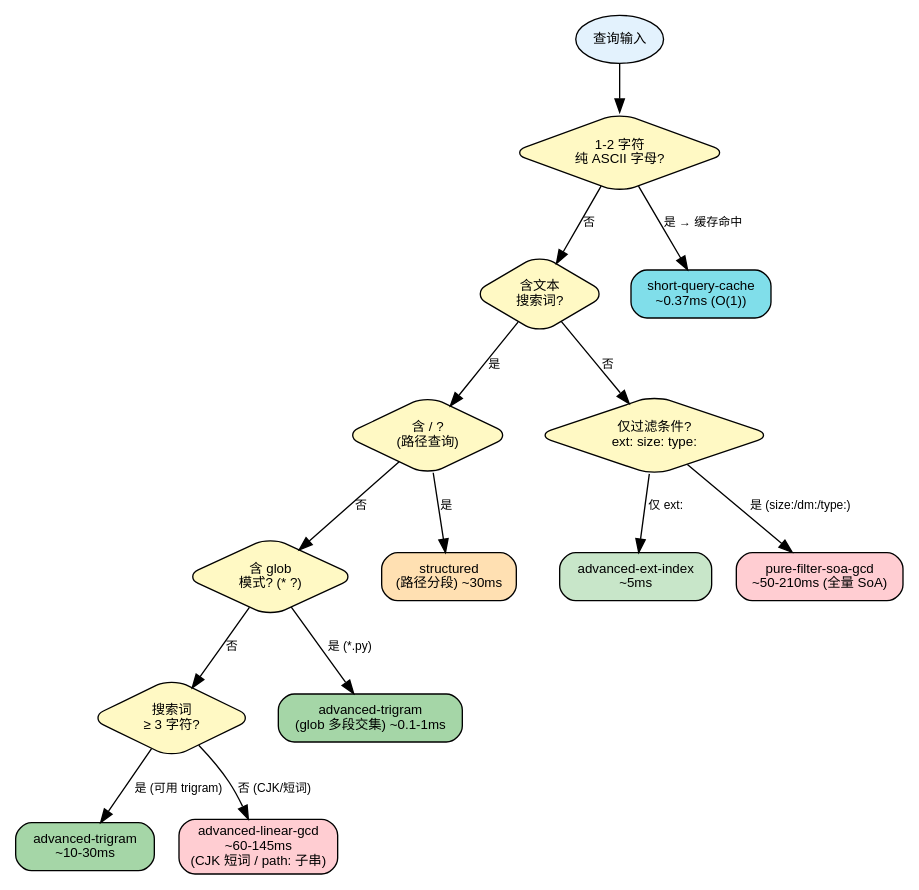
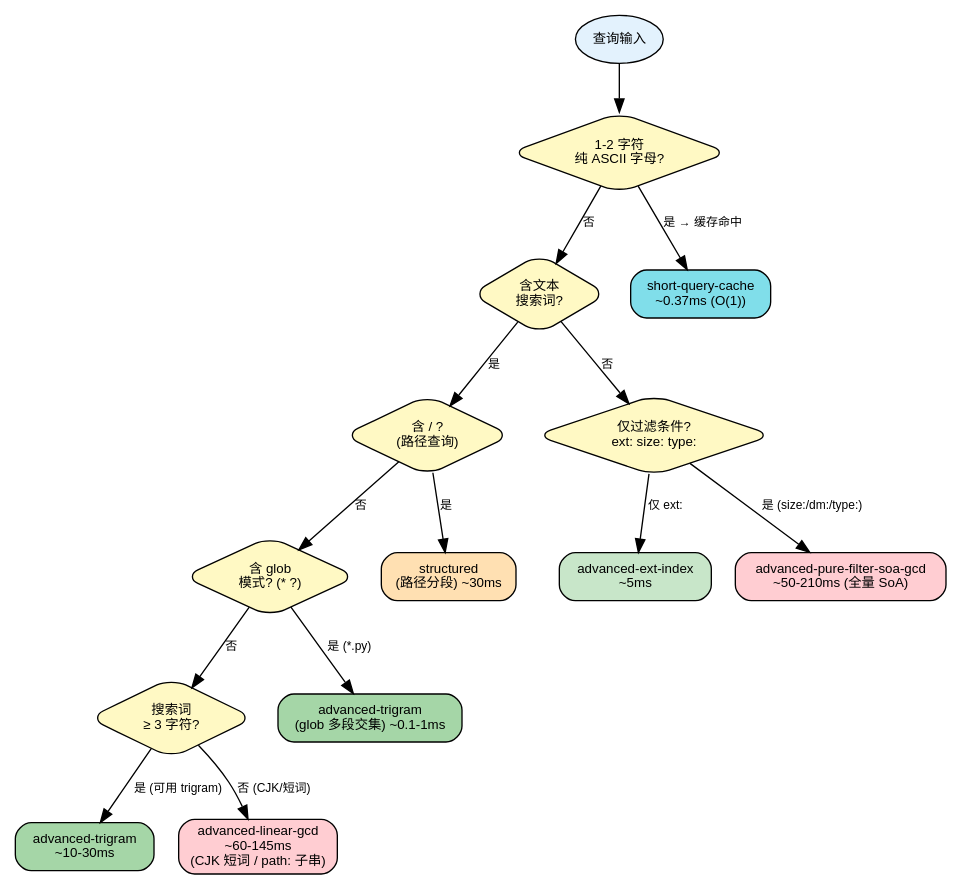
Before and after one commit to boerbin/MacEverything: the fourth of 14 diagrams in docs/tech_sharing_architecture_deep_dive.md, drawn with Graphviz. The commit also changed other lines of this file and 12 other files, not shown here.

Commit message:
docs: add architecture subsystem documentation

````diff
--- a/docs/tech_sharing_architecture_deep_dive.md
+++ b/docs/tech_sharing_architecture_deep_dive.md
@@ -346,40 +348,40 @@
 ```dot
 // 搜索路径自动决策树（2026-05 更新：含 short-query-cache 快路径）
 digraph search_decision {
     rankdir=TB
     node [shape=diamond, style="filled,rounded", fontname="Helvetica", fontsize=10, fillcolor="#FFF9C4"]
     edge [fontname="Helvetica", fontsize=9]
 
     Start [label="查询输入", shape=ellipse, fillcolor="#E3F2FD"]
 
     IsShort [label="1-2 字符\n纯 ASCII 字母?"]
     HasText [label="含文本\n搜索词?"]
     HasGlob [label="含 glob\n模式? (* ?)"]
     HasSlash [label="含 / ?\n(路径查询)"]
     OnlyFilter [label="仅过滤条件?\next: size: type:"]
     Len3 [label="搜索词\n≥ 3 字符?"]
 
     // 叶子节点 — 搜索路径
     SQC [label="short-query-cache\n~0.37ms (O(1))", shape=box, fillcolor="#80DEEA"]
     GlobTri [label="advanced-trigram\n(glob 多段交集) ~0.1-1ms", shape=box, fillcolor="#A5D6A7"]
     Trigram [label="advanced-trigram\n~10-30ms", shape=box, fillcolor="#A5D6A7"]
     Ext [label="advanced-ext-index\n~5ms", shape=box, fillcolor="#C8E6C9"]
     Structured [label="structured\n(路径分段) ~30ms", shape=box, fillcolor="#FFE0B2"]
     Linear [label="advanced-linear-gcd\n~60-145ms\n(CJK 短词 / path: 子串)", shape=box, fillcolor="#FFCDD2"]
-    PureFilter [label="pure-filter-soa-gcd\n~50-210ms (全量 SoA)", shape=box, fillcolor="#FFCDD2"]
+    PureFilter [label="advanced-pure-filter-soa-gcd\n~50-210ms (全量 SoA)", shape=box, fillcolor="#FFCDD2"]
 
     Start -> IsShort
     IsShort -> SQC [label="是 → 缓存命中"]
     IsShort -> HasText [label="否"]
     HasText -> OnlyFilter [label="否"]
     OnlyFilter -> PureFilter [label="是 (size:/dm:/type:)"]
     OnlyFilter -> Ext [label="仅 ext:"]
     HasText -> HasSlash [label="是"]
     HasSlash -> Structured [label="是"]
     HasSlash -> HasGlob [label="否"]
     HasGlob -> GlobTri [label="是 (*.py)"]
     HasGlob -> Len3 [label="否"]
     Len3 -> Trigram [label="是 (可用 trigram)"]
     Len3 -> Linear [label="否 (CJK/短词)"]
 }
 ```
````
